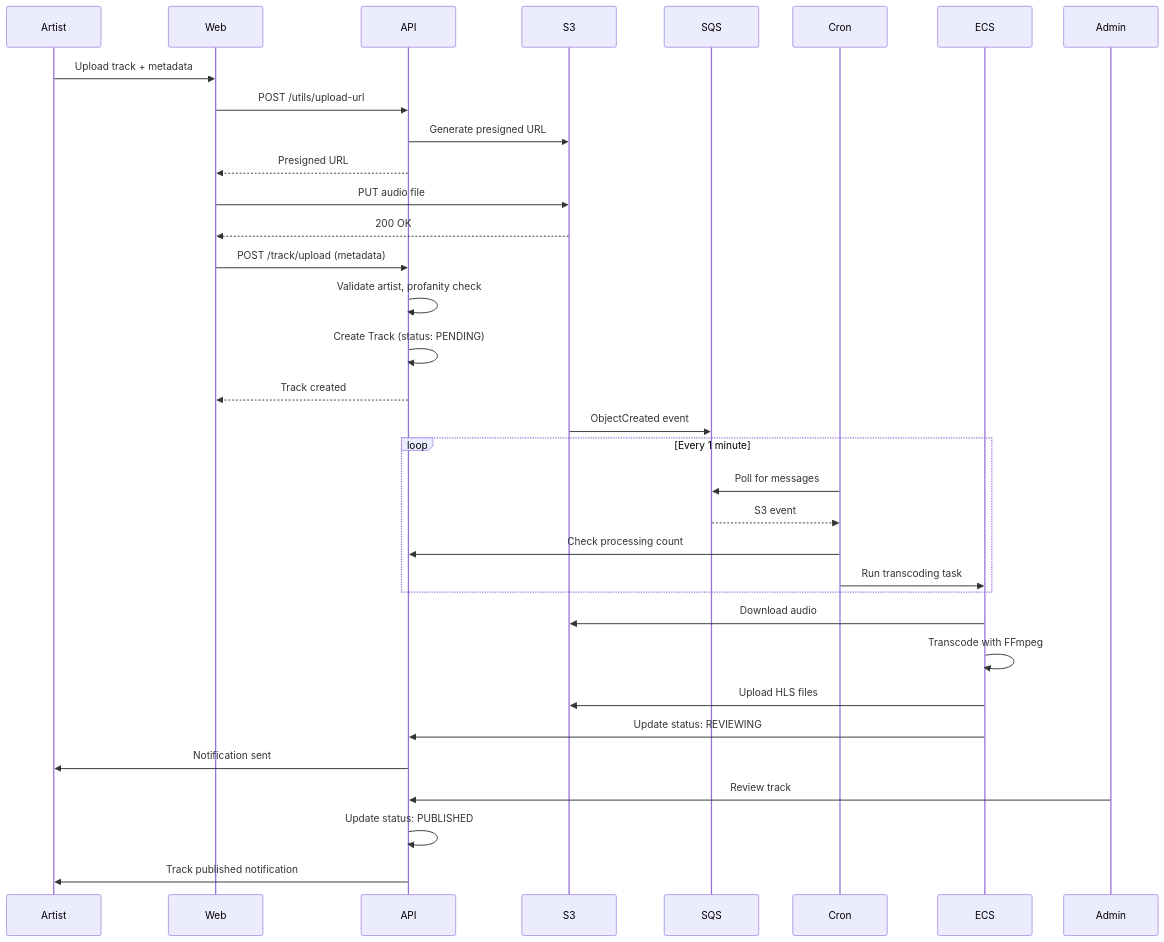
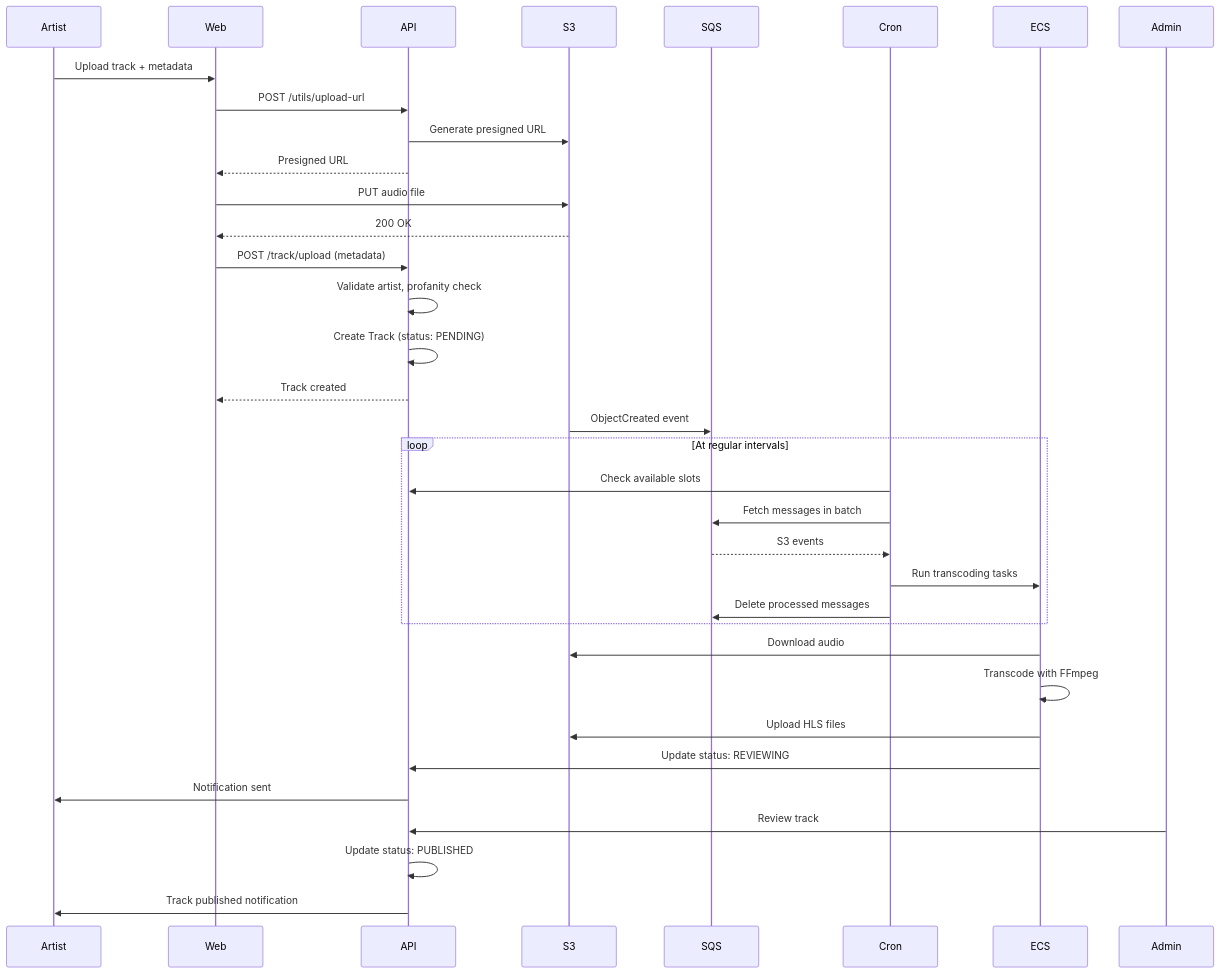
One commit to s4shibam/mizzo changed the third of 5 diagrams in architecture.md. Above: the diagram before and after it, drawn with Mermaid. The commit also changed other lines of this file and 3 other files, not shown here.

Commit message:
refactor: update sqs consumer to fetch messages in batches and manage processing slots

````diff
--- a/architecture.md
+++ b/architecture.md
@@ -109,42 +110,43 @@
 ```mermaid
 sequenceDiagram
     participant Artist
     participant Web
     participant API
     participant S3
     participant SQS
     participant Cron
     participant ECS
     participant Admin
 
     Artist->>Web: Upload track + metadata
     Web->>API: POST /utils/upload-url
     API->>S3: Generate presigned URL
     API-->>Web: Presigned URL
     Web->>S3: PUT audio file
     S3-->>Web: 200 OK
 
     Web->>API: POST /track/upload (metadata)
     API->>API: Validate artist, profanity check
     API->>API: Create Track (status: PENDING)
     API-->>Web: Track created
 
     S3->>SQS: ObjectCreated event
 
-    loop Every 1 minute
-        Cron->>SQS: Poll for messages
-        SQS-->>Cron: S3 event
-        Cron->>API: Check processing count
-        Cron->>ECS: Run transcoding task
+    loop At regular intervals
+        Cron->>API: Check available slots
+        Cron->>SQS: Fetch messages in batch
+        SQS-->>Cron: S3 events
+        Cron->>ECS: Run transcoding tasks
+        Cron->>SQS: Delete processed messages
     end
 
     ECS->>S3: Download audio
     ECS->>ECS: Transcode with FFmpeg
     ECS->>S3: Upload HLS files
     ECS->>API: Update status: REVIEWING
     API->>Artist: Notification sent
 
     Admin->>API: Review track
     API->>API: Update status: PUBLISHED
     API->>Artist: Track published notification
 ```
````
